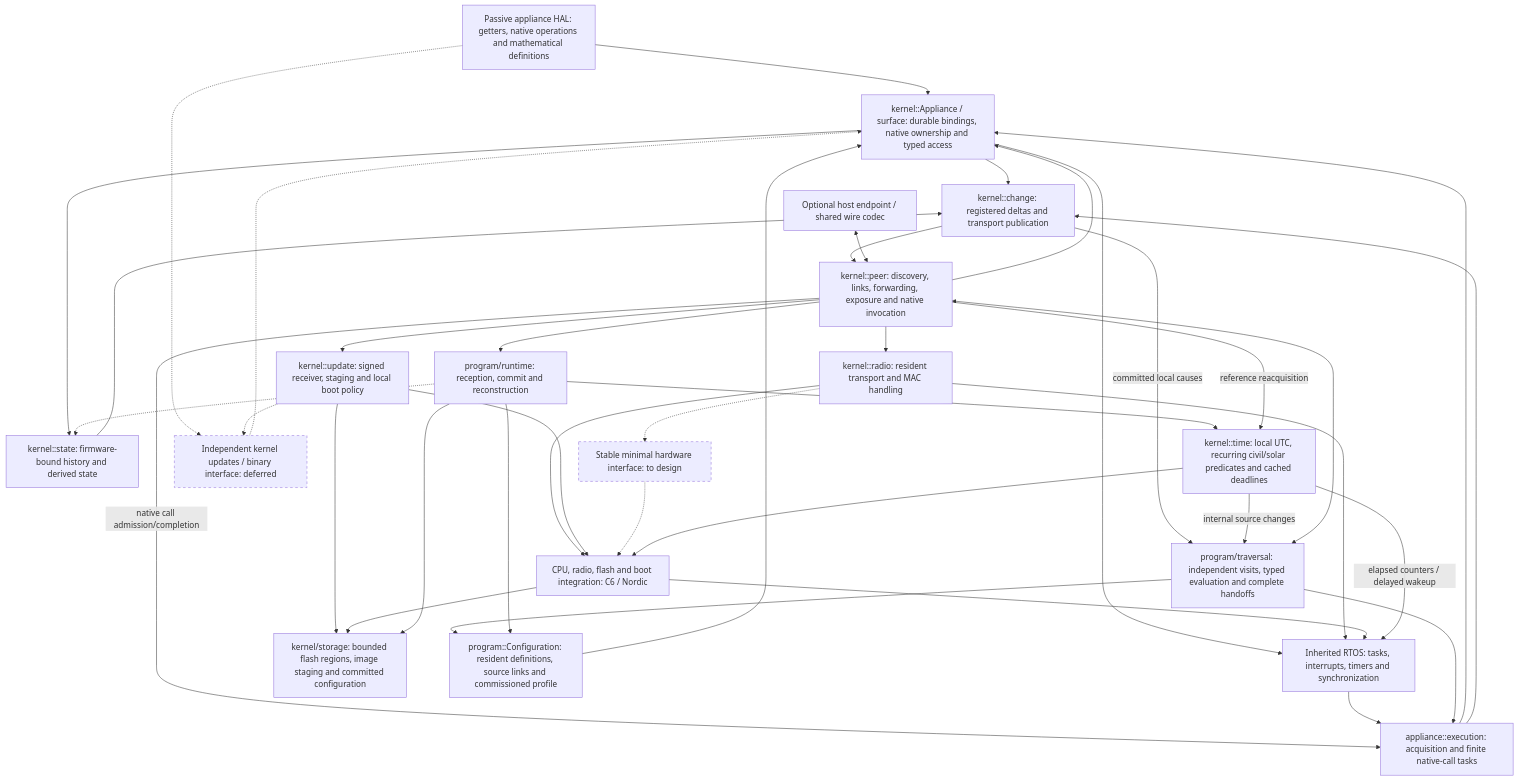
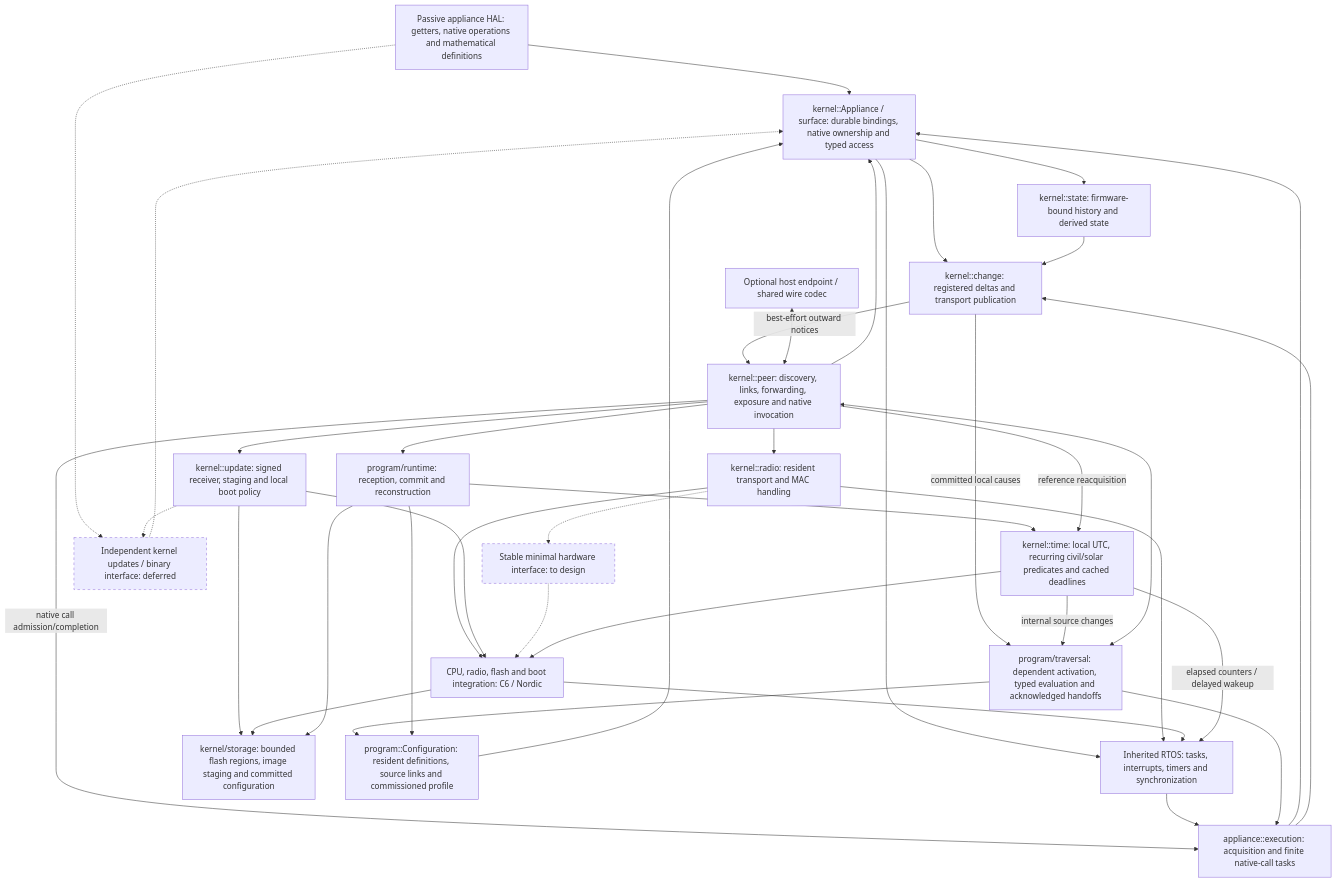
The diagram in docs/KERNEL_DIRECTION.md (zacharytomlinson/lattice-vertex), drawn with Mermaid before and after one commit. The commit also changed other lines of this file and 5 other files, not shown here.

````diff
--- a/docs/KERNEL_DIRECTION.md
+++ b/docs/KERNEL_DIRECTION.md
@@ -41,64 +42,63 @@
 ```mermaid
 flowchart TB
     firmware["Passive appliance HAL: getters, native operations and mathematical definitions"]
     appliance["kernel::Appliance / surface: durable bindings, native ownership and typed access"]
     observation["kernel::change: registered deltas and transport publication"]
     history["kernel::state: firmware-bound history and derived state"]
     peer["kernel::peer: discovery, links, forwarding, exposure and native invocation"]
     transport["kernel::radio: resident transport and MAC handling"]
     ports["CPU, radio, flash and boot integration: C6 / Nordic"]
     rtos["Inherited RTOS: tasks, interrupts, timers and synchronization"]
     host["Optional host endpoint / shared wire codec"]
     update["kernel::update: signed receiver, staging and local boot policy"]
     storage["kernel/storage: bounded flash regions, image staging and committed configuration"]
     adapters["Stable minimal hardware interface: to design"]
     abi["Independent kernel updates / binary interface: deferred"]
     monitor["appliance::execution: acquisition and finite native-call tasks"]
     programs["program::Configuration: resident definitions, source links and commissioned profile"]
-    traversal["program/traversal: independent visits, typed evaluation and complete handoffs"]
+    traversal["program/traversal: dependent activation, typed evaluation and acknowledged handoffs"]
     installer["program/runtime: reception, commit and reconstruction"]
     time["kernel::time: local UTC, recurring civil/solar predicates and cached deadlines"]
 
     firmware --> appliance
     firmware -.-> abi
     abi -.-> appliance
     appliance --> observation
     appliance --> history
     history --> observation
-    observation --> peer
+    observation -->|best-effort outward notices| peer
     peer --> appliance
     peer -->|native call admission/completion| monitor
     peer --> transport
     transport --> ports
     appliance --> rtos
     transport --> rtos
     ports --> rtos
     host <--> peer
     peer --> update
     update --> ports
     update --> storage
     ports --> storage
     update -.-> abi
     transport -.-> adapters
     adapters -.-> ports
     rtos --> monitor
     monitor --> appliance
     monitor --> observation
     peer --> installer
     observation -->|committed local causes| traversal
     programs --> appliance
     traversal --> programs
     traversal <--> peer
     traversal --> monitor
     installer --> programs
-    installer -.-> history
     installer --> storage
     installer --> time
     time -->|internal source changes| traversal
     time -->|elapsed counters / delayed wakeup| rtos
     time --> ports
     peer -->|reference reacquisition| time
 
     classDef planned stroke-dasharray: 5 5;
     class adapters,abi planned;
 ```
````
